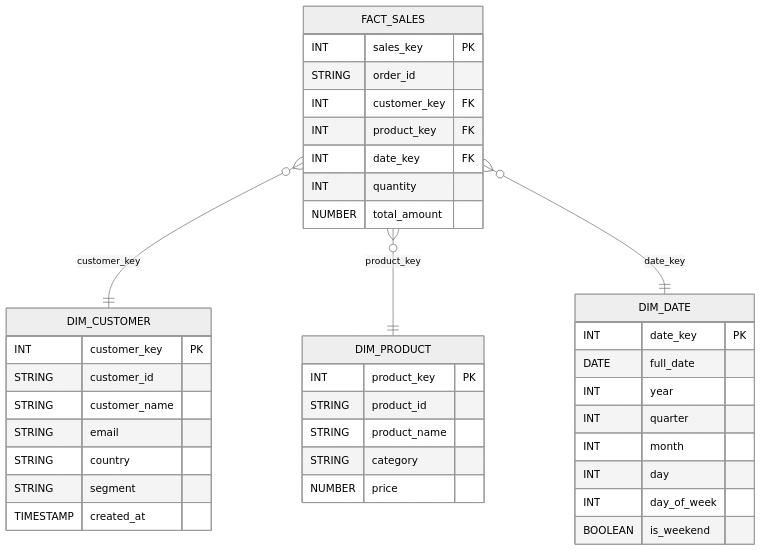
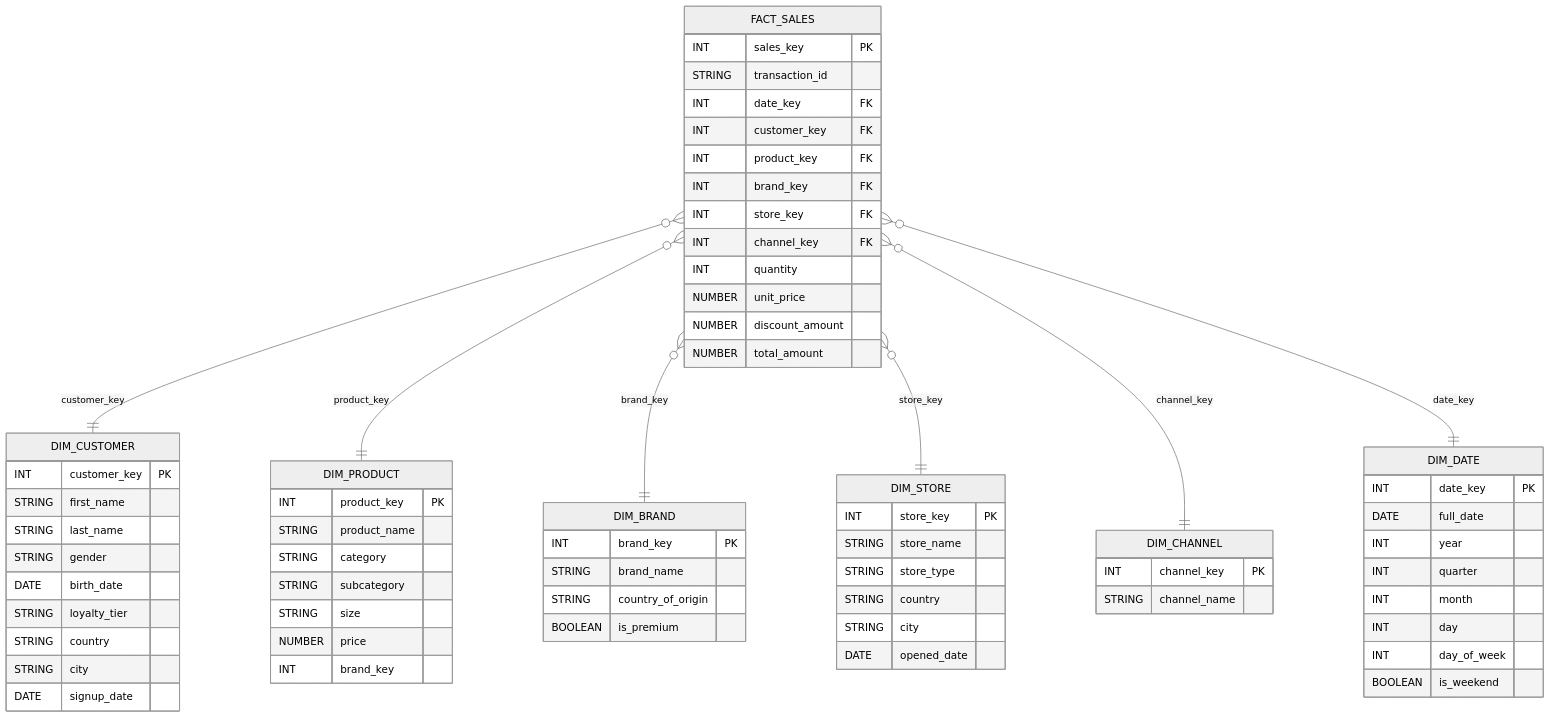
One commit to Alison-OV/snowflake-data-modeling changed the diagram in diagrams/star_schema.mermaid. Above: the diagram before and after it, drawn with Mermaid (neutral theme). The commit also changed 9 other files, not shown here.

```diff
--- a/diagrams/star_schema.mermaid
+++ b/diagrams/star_schema.mermaid
@@ -1,43 +1,76 @@
 erDiagram
     FACT_SALES {
         INT sales_key PK
-        STRING order_id
+        STRING transaction_id
+        INT date_key FK
         INT customer_key FK
         INT product_key FK
-        INT date_key FK
+        INT brand_key FK
+        INT store_key FK
+        INT channel_key FK
         INT quantity
+        NUMBER unit_price
+        NUMBER discount_amount
         NUMBER total_amount
     }
 
     DIM_CUSTOMER {
         INT customer_key PK
-        STRING customer_id
-        STRING customer_name
-        STRING email
+        STRING first_name
+        STRING last_name
+        STRING gender
+        DATE birth_date
+        STRING loyalty_tier
         STRING country
-        STRING segment
-        TIMESTAMP created_at
+        STRING city
+        DATE signup_date
     }
 
     DIM_PRODUCT {
         INT product_key PK
-        STRING product_id
         STRING product_name
         STRING category
+        STRING subcategory
+        STRING size
         NUMBER price
+        INT brand_key
+    }
+
+    DIM_BRAND {
+        INT brand_key PK
+        STRING brand_name
+        STRING country_of_origin
+        BOOLEAN is_premium
+    }
+
+    DIM_STORE {
+        INT store_key PK
+        STRING store_name
+        STRING store_type
+        STRING country
+        STRING city
+        DATE opened_date
+    }
+
+    DIM_CHANNEL {
+        INT channel_key PK
+        STRING channel_name
     }
 
     DIM_DATE {
         INT date_key PK
         DATE full_date
         INT year
         INT quarter
         INT month
         INT day
         INT day_of_week
         BOOLEAN is_weekend
     }
 
-    FACT_SALES }o--|| DIM_CUSTOMER : "customer_key"
-    FACT_SALES }o--|| DIM_PRODUCT  : "product_key"
-    FACT_SALES }o--|| DIM_DATE     : "date_key"
+    FACT_SALES }o--|| DIM_CUSTOMER : customer_key
+    FACT_SALES }o--|| DIM_PRODUCT  : product_key
+    FACT_SALES }o--|| DIM_BRAND    : brand_key
+    FACT_SALES }o--|| DIM_STORE    : store_key
+    FACT_SALES }o--|| DIM_CHANNEL  : channel_key
+    FACT_SALES }o--|| DIM_DATE     : date_key
```
